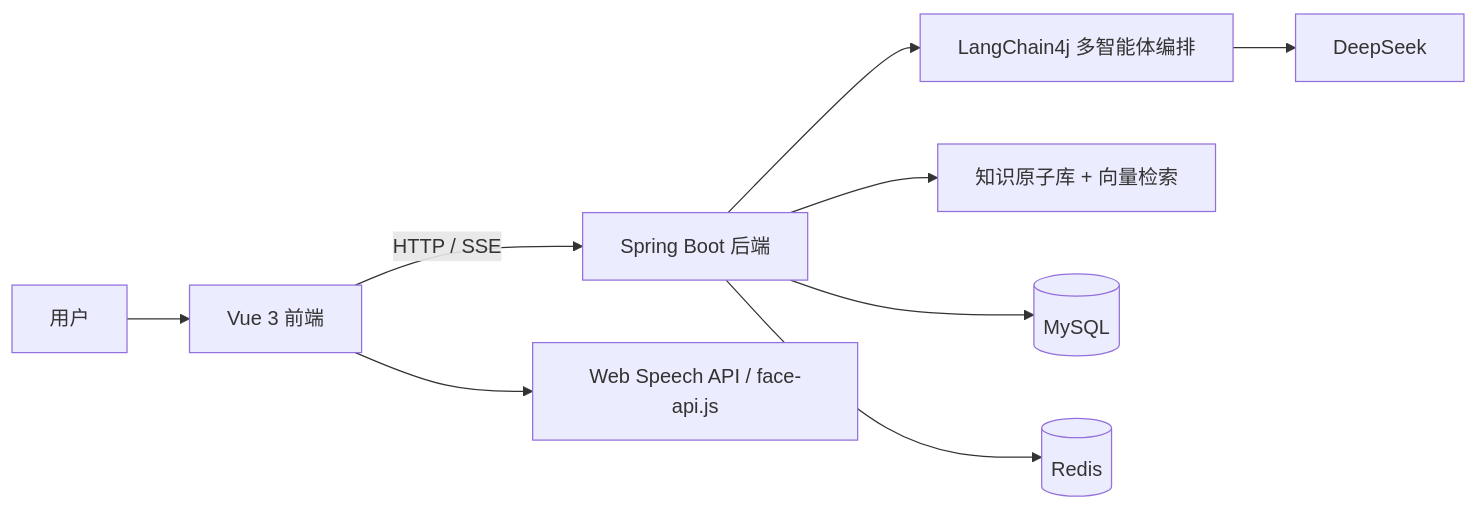
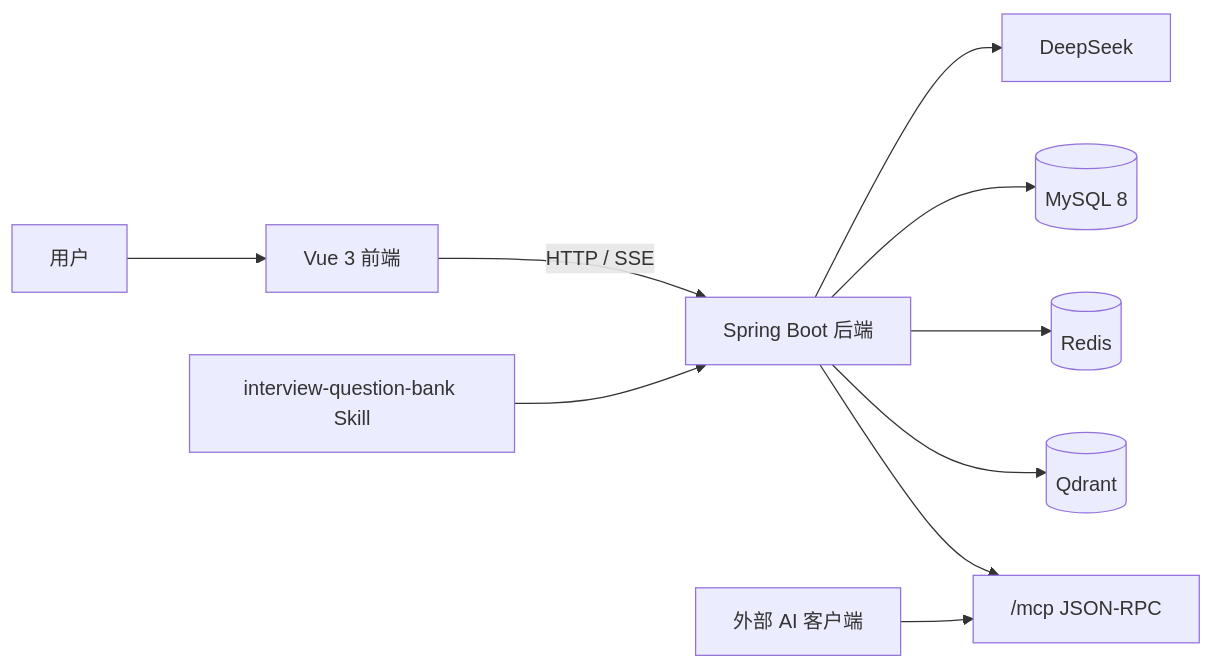
The first of 2 diagrams in README.md (nzy0510/AI-Interview), drawn with Mermaid before and after one commit. The commit also changed other lines of this file and 1 other file, not shown here.

Commit message:
docs: refresh readme and question bank update notes

````diff
--- a/README.md
+++ b/README.md
@@ -118,11 +49,12 @@
 ```mermaid
 graph LR
-    U[用户] --> F[Vue 3 前端]
-    F -->|HTTP / SSE| B[Spring Boot 后端]
-    B --> A[LangChain4j 多智能体编排]
-    A --> LLM[DeepSeek]
-    B --> RAG[知识原子库 + 向量检索]
-    B --> DB[(MySQL)]
-    B --> C[(Redis)]
-    F --> M[Web Speech API / face-api.js]
+    User["用户"] --> Frontend["Vue 3 前端"]
+    Frontend -->|"HTTP / SSE"| Backend["Spring Boot 后端"]
+    Backend --> LLM["DeepSeek"]
+    Backend --> MySQL[("MySQL 8")]
+    Backend --> Redis[("Redis")]
+    Backend --> Qdrant[("Qdrant")]
+    Backend --> MCP["/mcp JSON-RPC"]
+    Skill["interview-question-bank Skill"] --> Backend
+    External["外部 AI 客户端"] --> MCP
 ```
````
